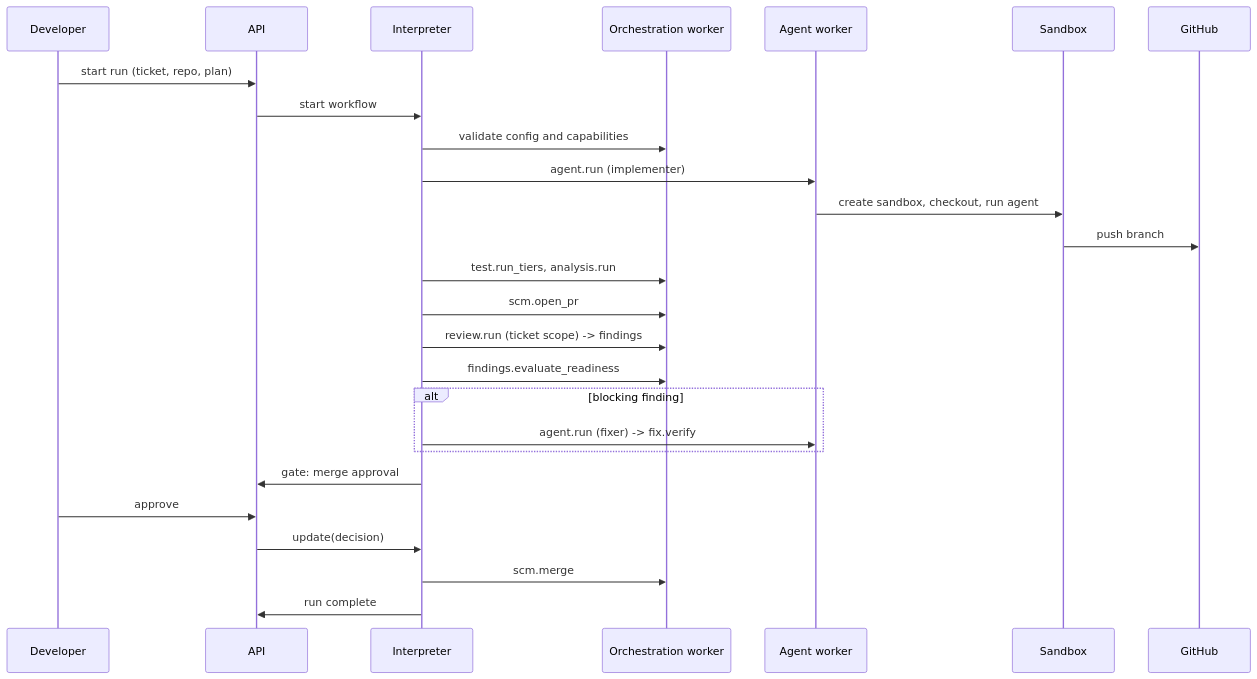
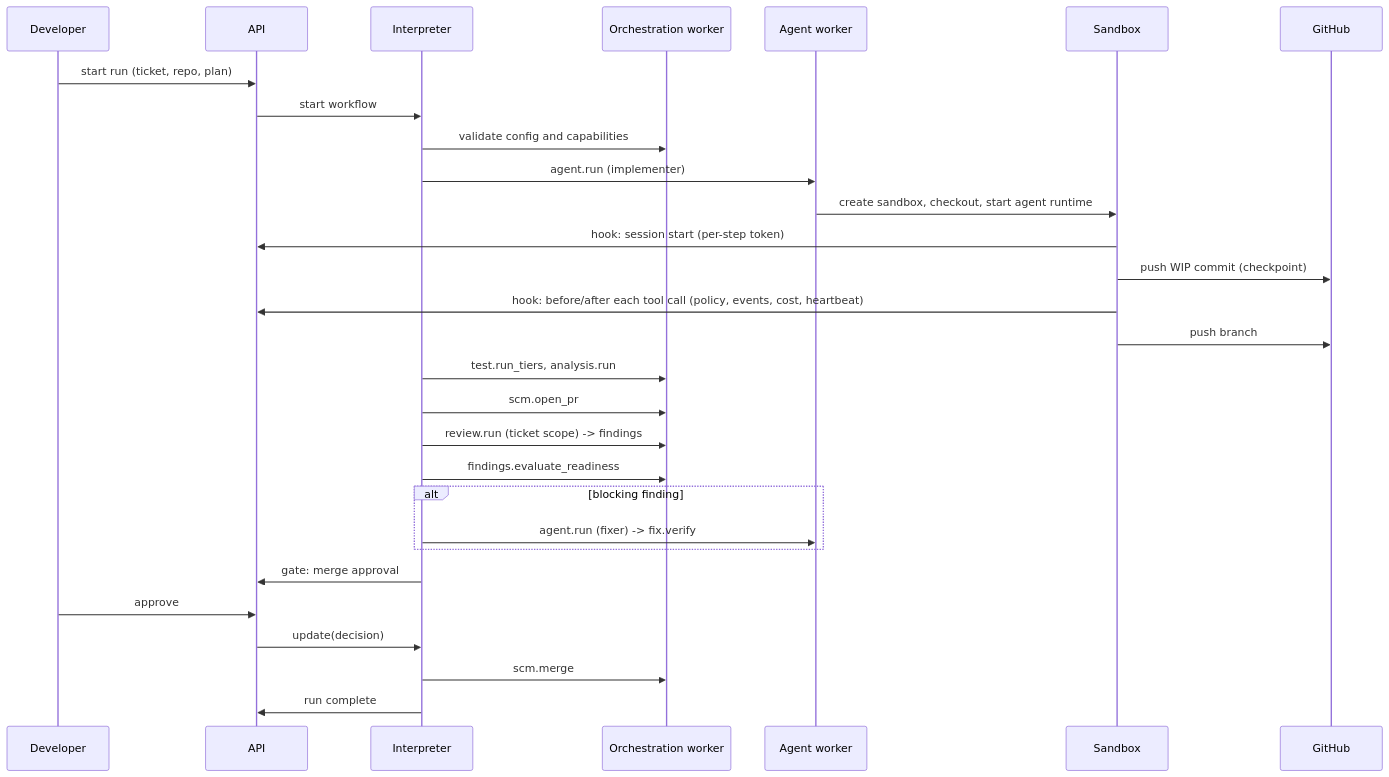
The second of 2 diagrams in docs/01-architecture-first-pass.md (ai-feature-flow/feature-flow-poc), drawn with Mermaid before and after one commit. The commit also changed other lines of this file and 2 other files, not shown here.

First line of the commit message:
Apply review 01 decisions to the architecture and working questions

````diff
--- a/docs/01-architecture-first-pass.md
+++ b/docs/01-architecture-first-pass.md
@@ -289,29 +523,32 @@
 ```mermaid
 sequenceDiagram
     participant U as Developer
     participant A as API
     participant W as Interpreter
     participant OW as Orchestration worker
     participant AW as Agent worker
     participant S as Sandbox
     participant G as GitHub
 
     U->>A: start run (ticket, repo, plan)
     A->>W: start workflow
     W->>OW: validate config and capabilities
     W->>AW: agent.run (implementer)
-    AW->>S: create sandbox, checkout, run agent
+    AW->>S: create sandbox, checkout, start agent runtime
+    S->>A: hook: session start (per-step token)
+    S->>G: push WIP commit (checkpoint)
+    S->>A: hook: before/after each tool call (policy, events, cost, heartbeat)
     S->>G: push branch
     W->>OW: test.run_tiers, analysis.run
     W->>OW: scm.open_pr
     W->>OW: review.run (ticket scope) -> findings
     W->>OW: findings.evaluate_readiness
     alt blocking finding
       W->>AW: agent.run (fixer) -> fix.verify
     end
     W->>A: gate: merge approval
     U->>A: approve
     A->>W: update(decision)
     W->>OW: scm.merge
     W->>A: run complete
 ```
````
